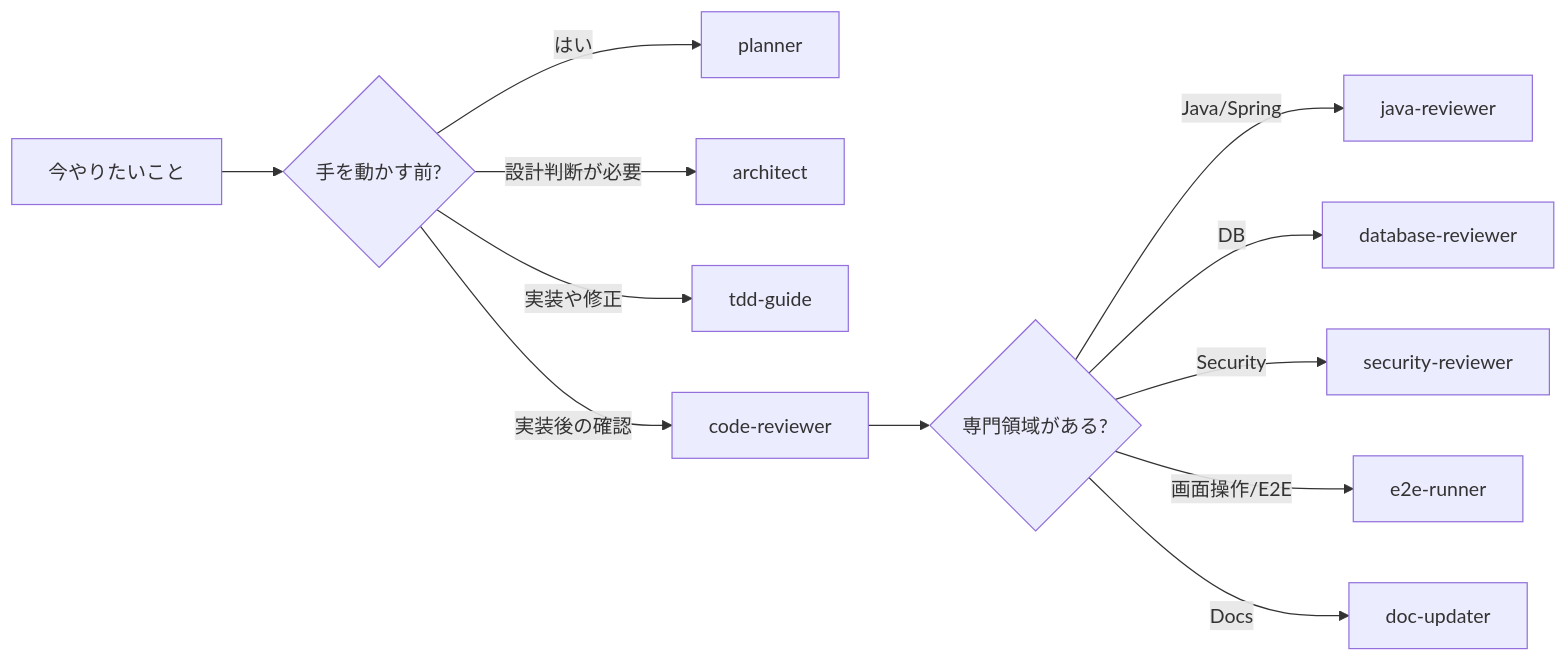
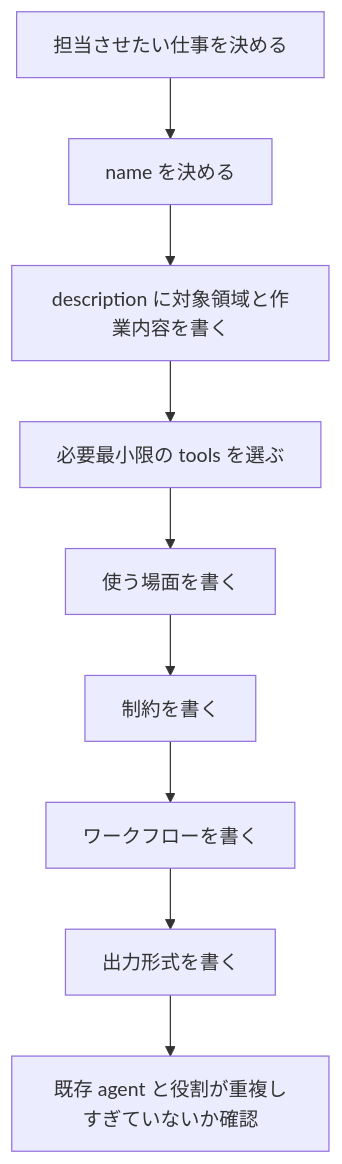
The second of 2 diagrams in eçverything-claude-code/.github/agents/README.md (k-iizuka000/copilot-sample), drawn with Mermaid before and after one commit. The commit also changed other lines of this file and 3 other files, not shown here.

````diff
--- a/eçverything-claude-code/.github/agents/README.md
+++ b/eçverything-claude-code/.github/agents/README.md
@@ -57,14 +160,11 @@
 ```mermaid
-flowchart LR
-    A[今やりたいこと] --> B{手を動かす前?}
-    B -->|はい| C[planner]
-    B -->|設計判断が必要| D[architect]
-    B -->|実装や修正| E[tdd-guide]
-    B -->|実装後の確認| F[code-reviewer]
-    F --> G{専門領域がある?}
-    G -->|Java/Spring| H[java-reviewer]
-    G -->|DB| I[database-reviewer]
-    G -->|Security| J[security-reviewer]
-    G -->|画面操作/E2E| K[e2e-runner]
-    G -->|Docs| L[doc-updater]
+flowchart TD
+    A[担当させたい仕事を決める] --> B[name を決める]
+    B --> C[description に対象領域と作業内容を書く]
+    C --> D[必要最小限の tools を選ぶ]
+    D --> E[使う場面を書く]
+    E --> F[制約を書く]
+    F --> G[ワークフローを書く]
+    G --> H[出力形式を書く]
+    H --> I[既存 agent と役割が重複しすぎていないか確認]
 ```
````
